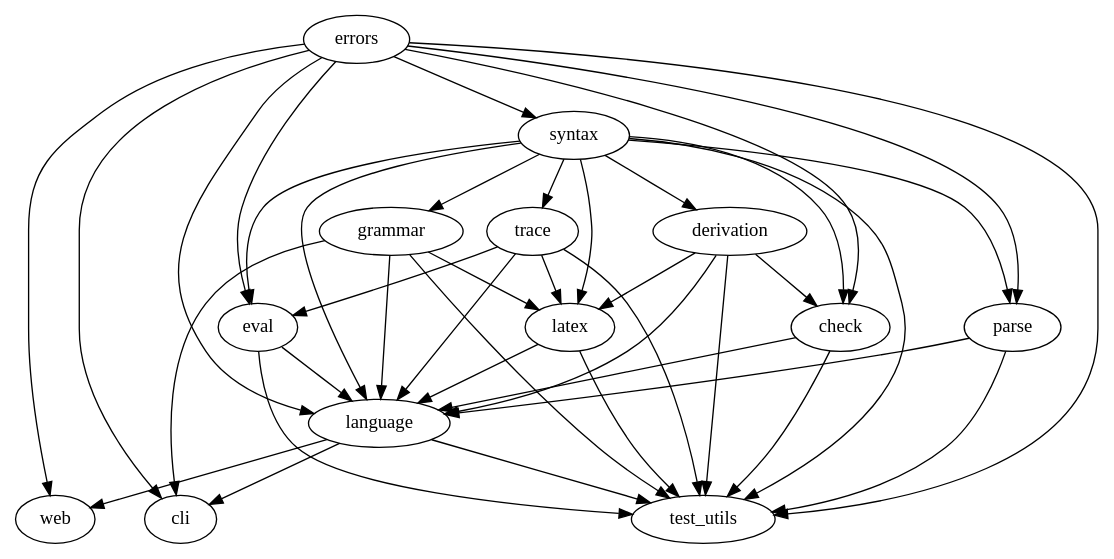
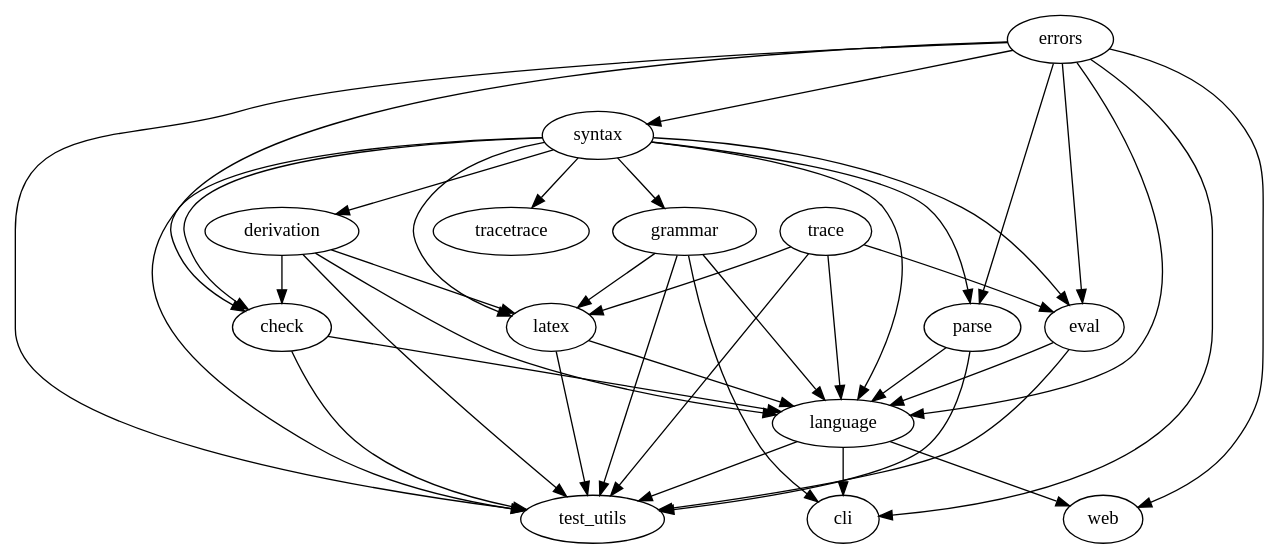
One commit to ps-tuebingen/TAPL changed the diagram in docs/crates.dot. Above: the diagram before and after it, drawn with Graphviz. The commit also changed 58 other files, not shown here.

```diff
--- a/docs/crates.dot
+++ b/docs/crates.dot
@@ -1,69 +1,68 @@
 digraph crates{
   check
   derivation
   eval
   language
   parse
   test_utils
   web
   cli
   errors
   grammar
   latex
   syntax
   trace
 
   errors -> check
   syntax -> check
   derivation -> check
 
   syntax -> derivation
 
   errors -> eval
   syntax -> eval
   trace -> eval
 
   errors -> language
   syntax -> language
   parse -> language
   eval -> language
   check -> language
   derivation -> language
   trace -> language
   latex -> language
   grammar -> language
 
   errors-> parse
   syntax-> parse
 
   errors -> test_utils
   check -> test_utils
   eval -> test_utils
   language -> test_utils
   derivation -> test_utils
   trace -> test_utils
   syntax -> test_utils
   latex -> test_utils
   parse -> test_utils
   grammar -> test_utils
 
   errors-> web
   language -> web
 
   errors -> cli
   language -> cli
   grammar -> cli
 
   syntax -> grammar
 
   syntax-> latex
   derivation-> latex
   trace-> latex
   grammar-> latex
 
   errors -> syntax
 
-  syntax -> trace
-
+  syntax -> tracetrace
 
 }  
```
